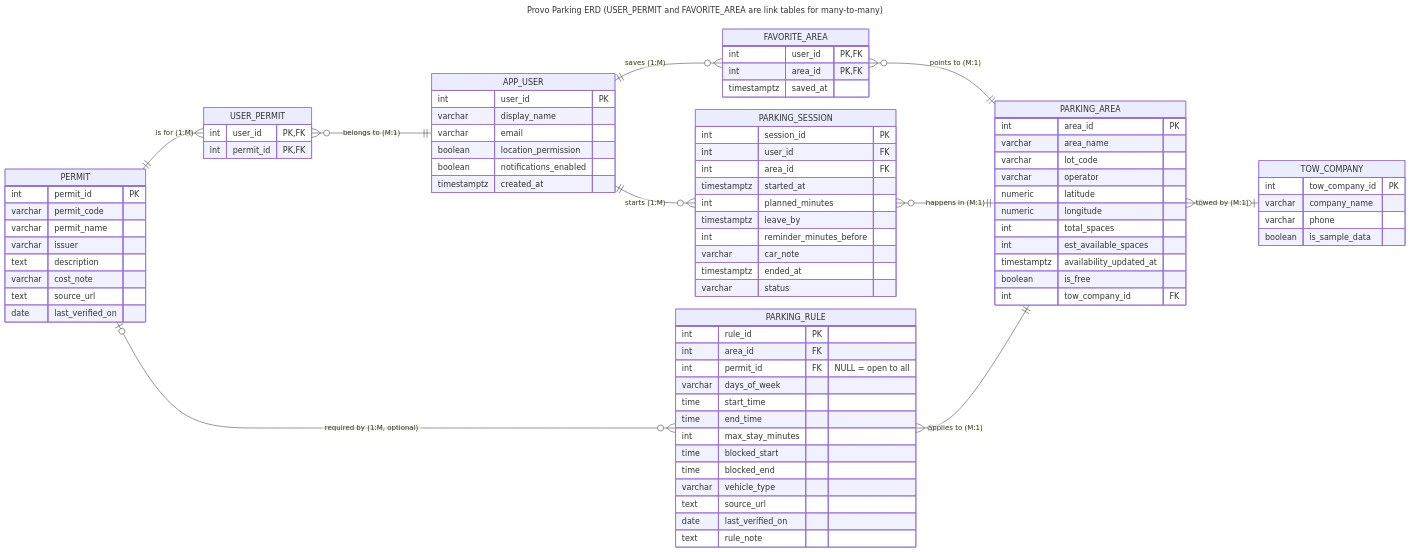
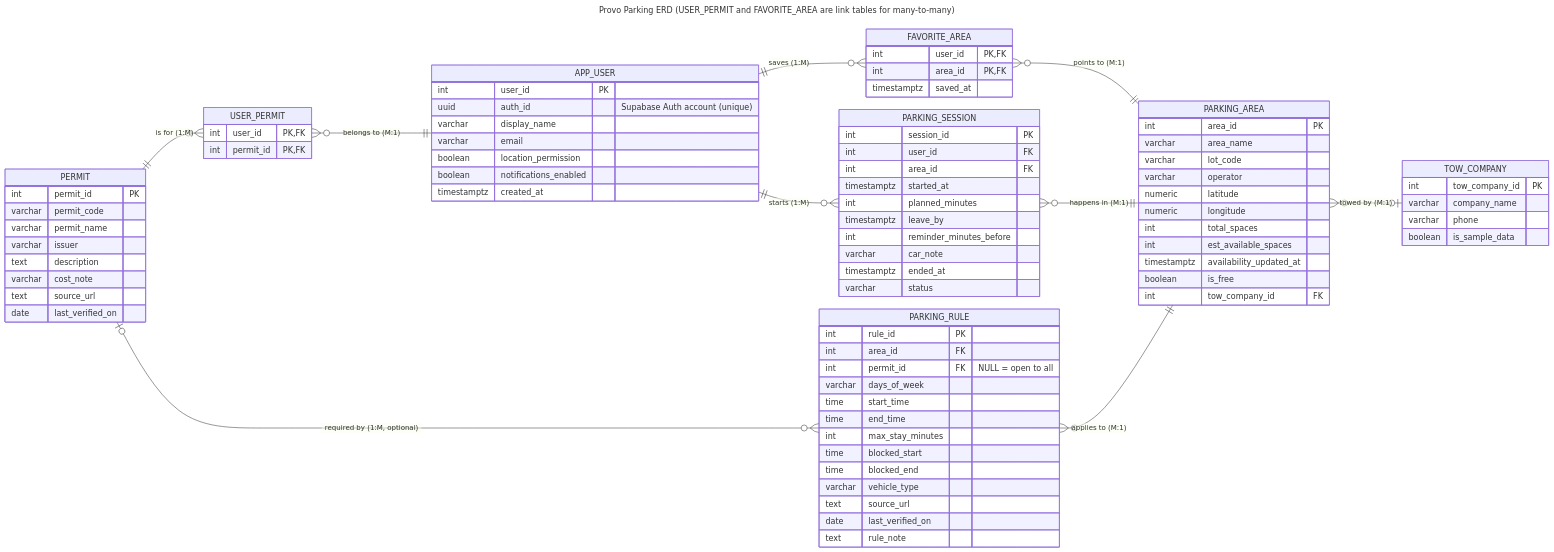
One commit to ParkerMorris11/ProvoParking changed the diagram in docs/erd.mmd. Above: the diagram before and after it, drawn with Mermaid. The commit also changed 19 other files, not shown here.

First line of the commit message:
Add sign-up and log-in with Supabase Auth (Sprint 2)

```diff
--- a/docs/erd.mmd
+++ b/docs/erd.mmd
@@ -1,93 +1,94 @@
 ---
 config:
   er:
     nodeSpacing: 25
     rankSpacing: 40
     entityPadding: 8
 title: "Provo Parking ERD (USER_PERMIT and FAVORITE_AREA are link tables for many-to-many)"
 ---
 erDiagram
     direction LR
     PERMIT ||--o{ USER_PERMIT : "is for (1:M)"
     USER_PERMIT }o--|| APP_USER : "belongs to (M:1)"
     APP_USER ||--o{ FAVORITE_AREA : "saves (1:M)"
     APP_USER ||--o{ PARKING_SESSION : "starts (1:M)"
     FAVORITE_AREA }o--|| PARKING_AREA : "points to (M:1)"
     PARKING_SESSION }o--|| PARKING_AREA : "happens in (M:1)"
     PERMIT |o--o{ PARKING_RULE : "required by (1:M, optional)"
     PARKING_RULE }o--|| PARKING_AREA : "applies to (M:1)"
     PARKING_AREA }o--o| TOW_COMPANY : "towed by (M:1)"
 
     APP_USER {
         int user_id PK
+        uuid auth_id "Supabase Auth account (unique)"
         varchar display_name
         varchar email
         boolean location_permission
         boolean notifications_enabled
         timestamptz created_at
     }
     PERMIT {
         int permit_id PK
         varchar permit_code
         varchar permit_name
         varchar issuer
         text description
         varchar cost_note
         text source_url
         date last_verified_on
     }
     USER_PERMIT {
         int user_id PK,FK
         int permit_id PK,FK
     }
     PARKING_AREA {
         int area_id PK
         varchar area_name
         varchar lot_code
         varchar operator
         numeric latitude
         numeric longitude
         int total_spaces
         int est_available_spaces
         timestamptz availability_updated_at
         boolean is_free
         int tow_company_id FK
     }
     PARKING_RULE {
         int rule_id PK
         int area_id FK
         int permit_id FK "NULL = open to all"
         varchar days_of_week
         time start_time
         time end_time
         int max_stay_minutes
         time blocked_start
         time blocked_end
         varchar vehicle_type
         text source_url
         date last_verified_on
         text rule_note
     }
     FAVORITE_AREA {
         int user_id PK,FK
         int area_id PK,FK
         timestamptz saved_at
     }
     PARKING_SESSION {
         int session_id PK
         int user_id FK
         int area_id FK
         timestamptz started_at
         int planned_minutes
         timestamptz leave_by
         int reminder_minutes_before
         varchar car_note
         timestamptz ended_at
         varchar status
     }
     TOW_COMPANY {
         int tow_company_id PK
         varchar company_name
         varchar phone
         boolean is_sample_data
     }
```
